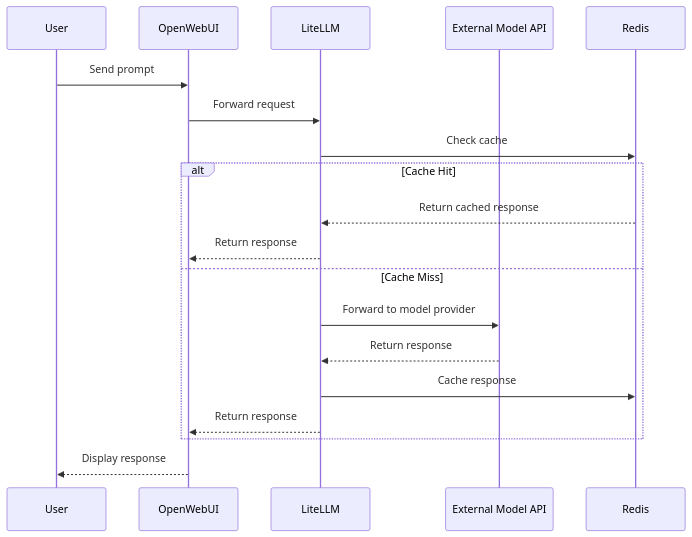
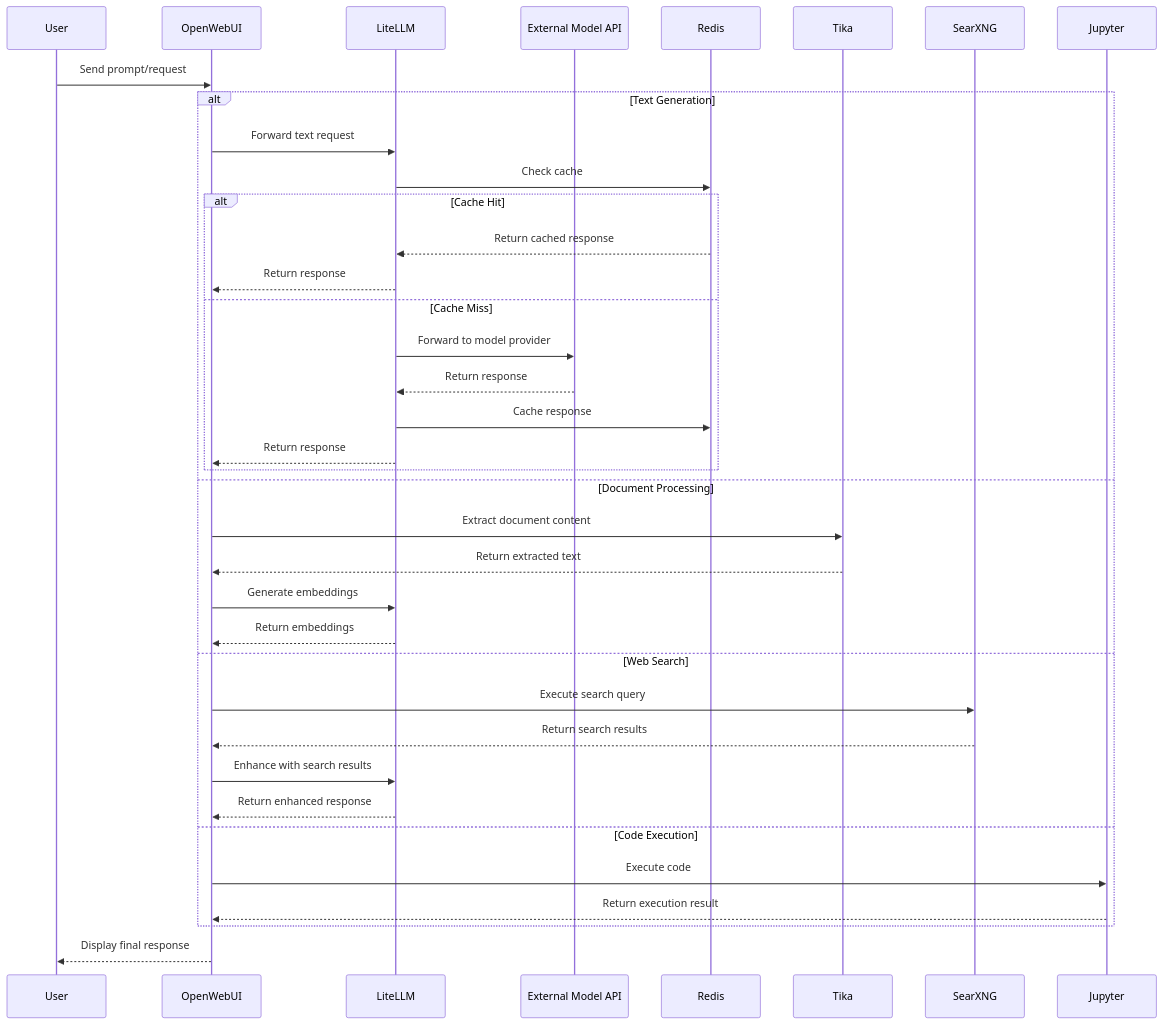
Before and after one commit to sudharsan-007/aihub: the second of 2 diagrams in docs/unified-platform-architecture.md, drawn with Mermaid. The commit also changed other lines of this file and 40 other files, not shown here.

Commit message:
Major documentation update and configurations for LiteLLM

````diff
--- a/docs/unified-platform-architecture.md
+++ b/docs/unified-platform-architecture.md
@@ -139,25 +177,46 @@
 ```mermaid
 sequenceDiagram
     participant User
     participant OpenWebUI
     participant LiteLLM
     participant ModelAPI as External Model API
     participant Redis
+    participant Tika
+    participant SearXNG
+    participant Jupyter
     
-    User->>OpenWebUI: Send prompt
-    OpenWebUI->>LiteLLM: Forward request
+    User->>OpenWebUI: Send prompt/request
     
-    LiteLLM->>Redis: Check cache
+    alt Text Generation
+        OpenWebUI->>LiteLLM: Forward text request
+        LiteLLM->>Redis: Check cache
+        
+        alt Cache Hit
+            Redis-->>LiteLLM: Return cached response
+            LiteLLM-->>OpenWebUI: Return response
+        else Cache Miss
+            LiteLLM->>ModelAPI: Forward to model provider
+            ModelAPI-->>LiteLLM: Return response
+            LiteLLM->>Redis: Cache response
+            LiteLLM-->>OpenWebUI: Return response
+        end
     
-    alt Cache Hit
-        Redis-->>LiteLLM: Return cached response
-        LiteLLM-->>OpenWebUI: Return response
-    else Cache Miss
-        LiteLLM->>ModelAPI: Forward to model provider
-        ModelAPI-->>LiteLLM: Return response
-        LiteLLM->>Redis: Cache response
-        LiteLLM-->>OpenWebUI: Return response
+    else Document Processing
+        OpenWebUI->>Tika: Extract document content
+        Tika-->>OpenWebUI: Return extracted text
+        OpenWebUI->>LiteLLM: Generate embeddings
+        LiteLLM-->>OpenWebUI: Return embeddings
+    
+    else Web Search
+        OpenWebUI->>SearXNG: Execute search query
+        SearXNG-->>OpenWebUI: Return search results
+        OpenWebUI->>LiteLLM: Enhance with search results
+        LiteLLM-->>OpenWebUI: Return enhanced response
+    
+    else Code Execution
+        OpenWebUI->>Jupyter: Execute code
+        Jupyter-->>OpenWebUI: Return execution result
     end
     
-    OpenWebUI-->>User: Display response
+    OpenWebUI-->>User: Display final response
 ```
````
